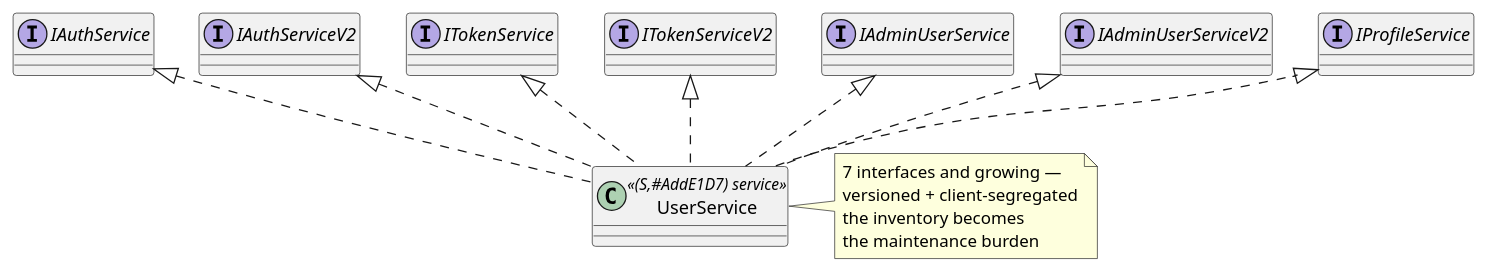
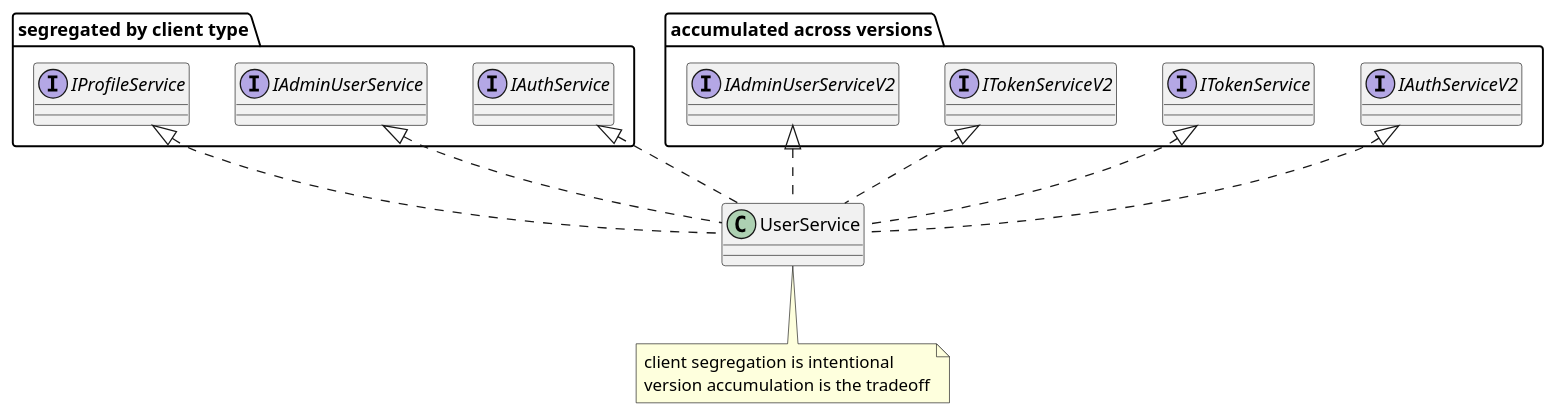
Before and after one commit to imhalawa/trace-in-time: the fourth of 5 diagrams in _series/solid-principles/interface-segregation-principle-isp.md, drawn with PlantUML. The commit also changed other lines of this file, not shown here.

````diff
--- a/_series/solid-principles/interface-segregation-principle-isp.md
+++ b/_series/solid-principles/interface-segregation-principle-isp.md
@@ -301,29 +305,32 @@
 ```plantuml
 @startuml
 
-class UserService << (S,#AddE1D7) service >>
+class UserService
 
-interface IAuthService
-interface IAuthServiceV2
-interface ITokenService
-interface ITokenServiceV2
-interface IAdminUserService
-interface IAdminUserServiceV2
-interface IProfileService
+package "segregated by client type" {
+  interface IAuthService
+  interface IAdminUserService
+  interface IProfileService
+}
+
+package "accumulated across versions" {
+  interface IAuthServiceV2
+  interface ITokenService
+  interface ITokenServiceV2
+  interface IAdminUserServiceV2
+}
 
 IAuthService <|.. UserService
+IAdminUserService <|.. UserService
+IProfileService <|.. UserService
 IAuthServiceV2 <|.. UserService
 ITokenService <|.. UserService
 ITokenServiceV2 <|.. UserService
-IAdminUserService <|.. UserService
 IAdminUserServiceV2 <|.. UserService
-IProfileService <|.. UserService
 
-note right of UserService
-  7 interfaces and growing —
-  versioned + client-segregated
-  the inventory becomes
-  the maintenance burden
+note bottom of UserService
+  client segregation is intentional
+  version accumulation is the tradeoff
 end note
 @enduml
 ```
````
